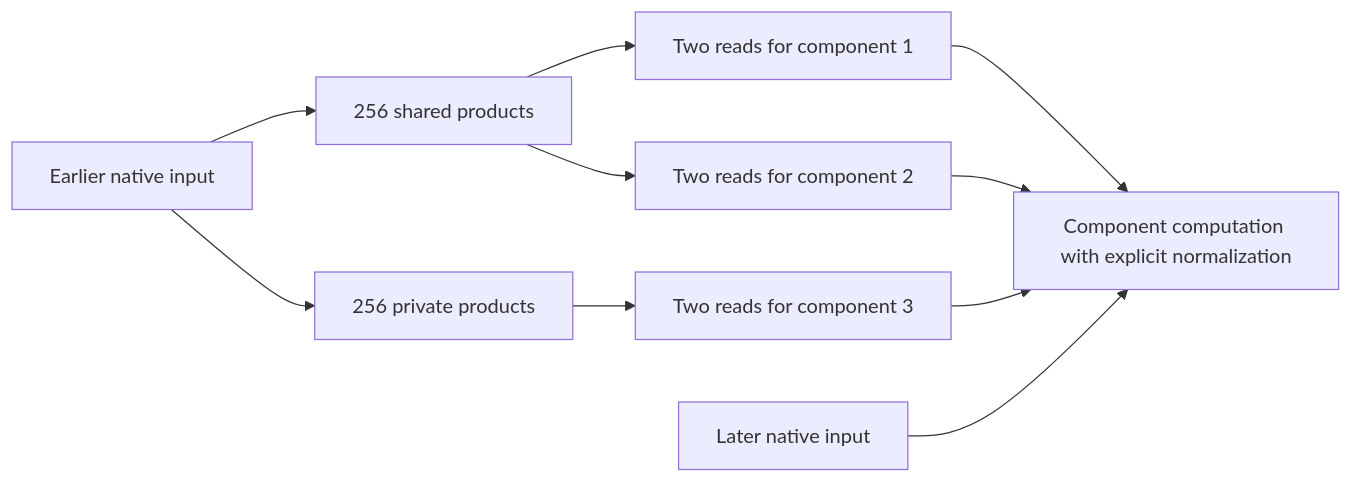
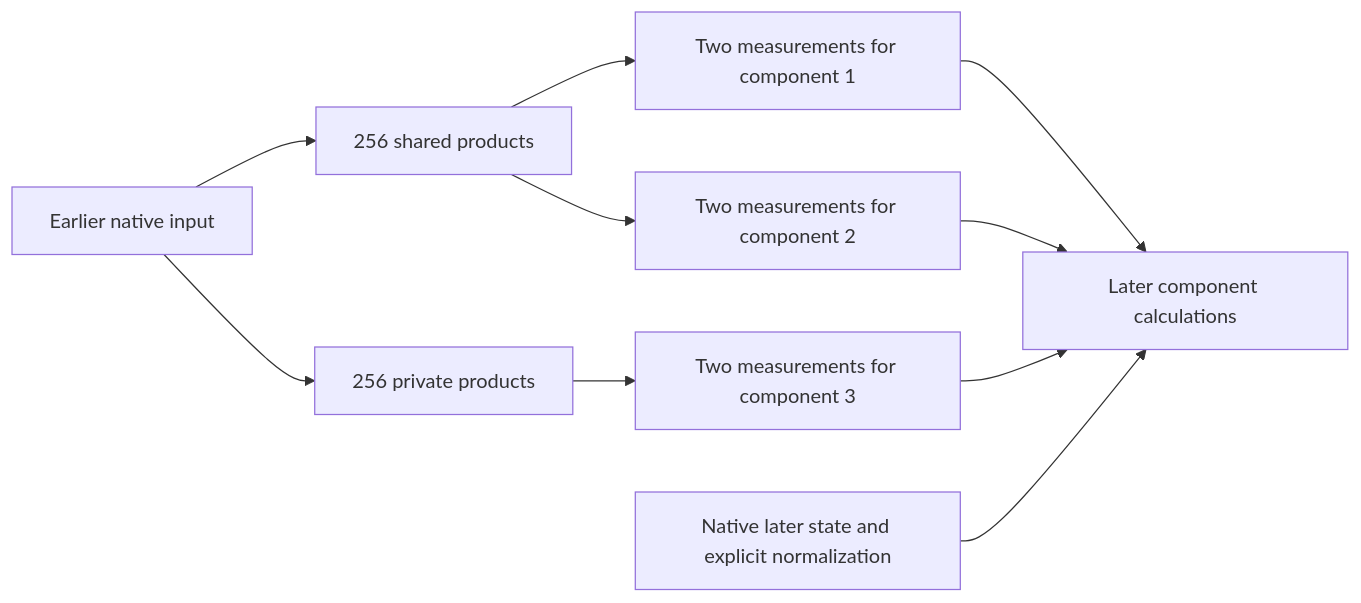
The second of 2 diagrams in basis_aligned/polynomial_causal/explanations/for_logan/research_update_2026-09-21_0104_full_coverage_and_shared_baselines.md (loganriggs/tensor_language), drawn with Mermaid before and after one commit. The commit also changed other lines of this file and 3 other files, not shown here.

````diff
--- a/basis_aligned/polynomial_causal/explanations/for_logan/research_update_2026-09-21_0104_full_coverage_and_shared_baselines.md
+++ b/basis_aligned/polynomial_causal/explanations/for_logan/research_update_2026-09-21_0104_full_coverage_and_shared_baselines.md
@@ -134,12 +126,12 @@
 ```mermaid
 flowchart LR
     Z[Earlier native input] --> S[256 shared products]
-    S --> A[Two reads for component 1]
-    S --> B[Two reads for component 2]
+    S --> A[Two measurements for component 1]
+    S --> B[Two measurements for component 2]
     Z --> P[256 private products]
-    P --> C[Two reads for component 3]
-    A --> O[Component computation with explicit normalization]
+    P --> C[Two measurements for component 3]
+    A --> O[Later component calculations]
     B --> O
     C --> O
-    H[Later native input] --> O
+    H[Native later state and explicit normalization] --> O
 ```
````
